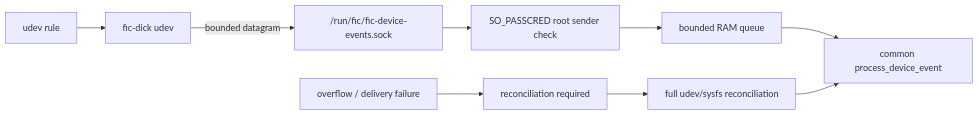
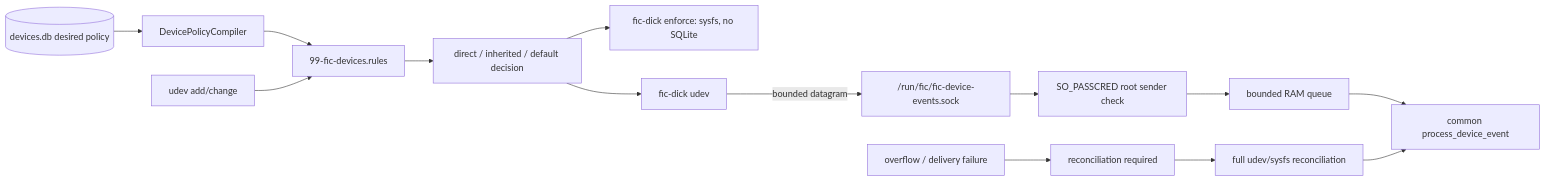
The seventh of 19 diagrams in docs/architecture-diagrams.md (RevoltStar/FIC), drawn with Mermaid before and after one commit. The commit also changed other lines of this file and 34 other files, not shown here.

````diff
--- a/docs/architecture-diagrams.md
+++ b/docs/architecture-diagrams.md
@@ -263,11 +270,16 @@
 ```mermaid
 flowchart LR
-    udev[udev rule] --> helper["fic-dick udev"]
+    db[(devices.db desired policy)] --> compiler[DevicePolicyCompiler]
+    compiler --> active[99-fic-devices.rules]
+    udev[udev add/change] --> active
+    active --> decision[direct / inherited / default decision]
+    decision --> enforcer["fic-dick enforce: sysfs, no SQLite"]
+    decision --> helper["fic-dick udev"]
     helper -->|bounded datagram| eventSock["/run/fic/fic-device-events.sock"]
     eventSock --> auth[SO_PASSCRED root sender check]
     auth --> queue[bounded RAM queue]
     queue --> process[common process_device_event]
     overflow[overflow / delivery failure] --> dirty[reconciliation required]
     dirty --> reconcile[full udev/sysfs reconciliation]
     reconcile --> process
 ```
````
